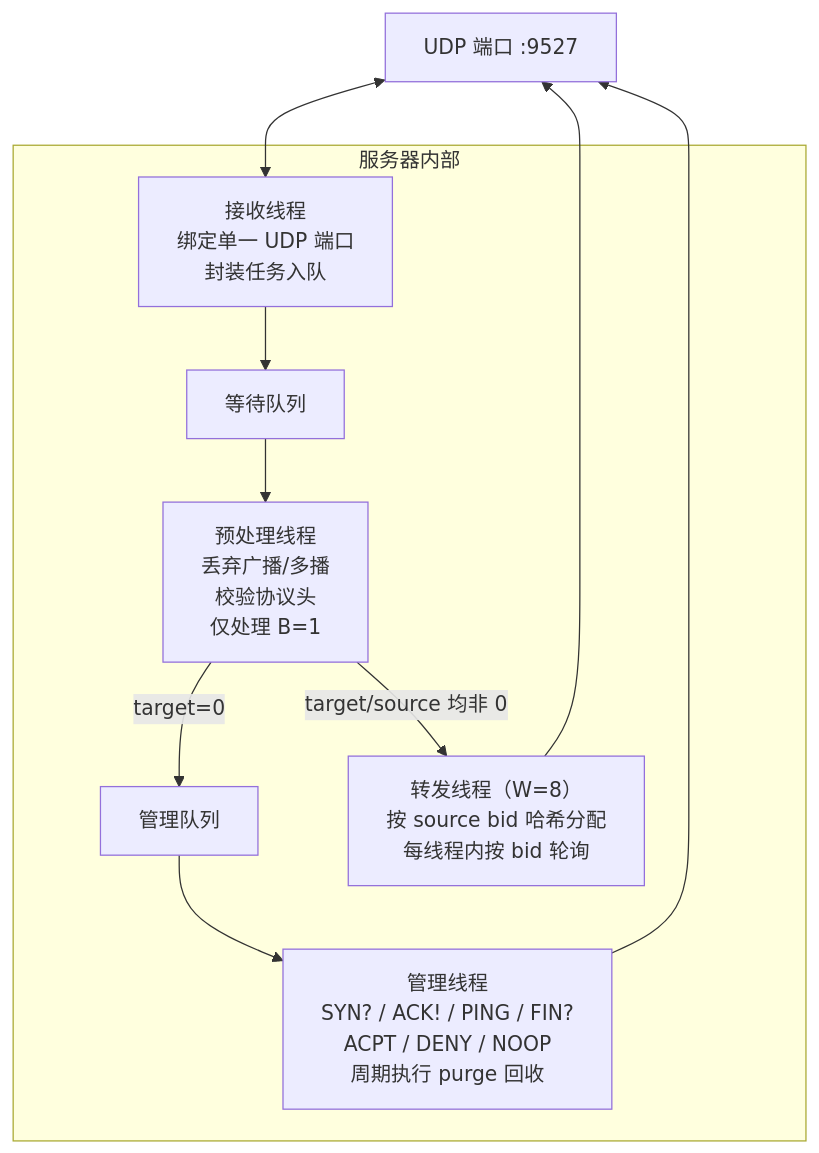
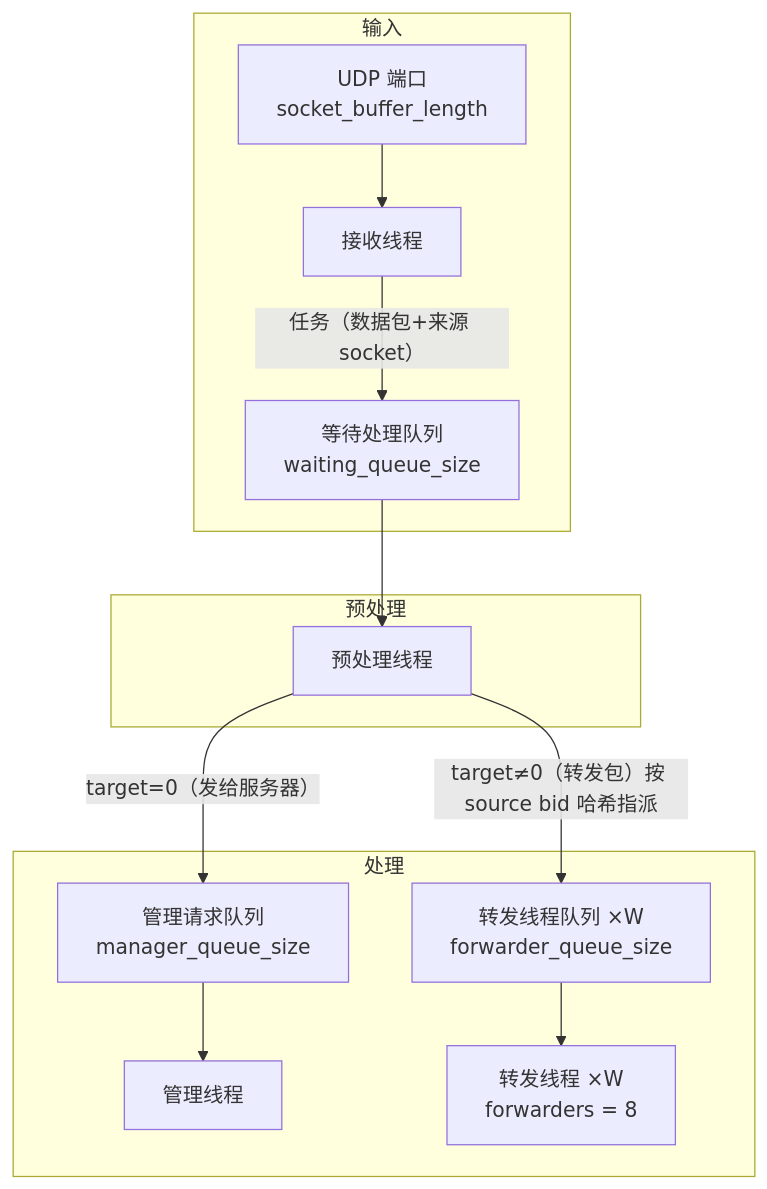
Before and after one commit to moky/magpie: the first of 3 diagrams in docs/architecture.md, drawn with Mermaid. The commit also changed other lines of this file and 7 other files, not shown here.

````diff
--- a/docs/architecture.md
+++ b/docs/architecture.md
@@ -18,18 +41,23 @@
 ```mermaid
-flowchart TB
-    U["UDP 端口 :9527"]
-    subgraph SVR["服务器内部"]
-        R["接收线程<br/>绑定单一 UDP 端口<br/>封装任务入队"]
-        WQ["等待队列"]
-        P["预处理线程<br/>丢弃广播/多播<br/>校验协议头<br/>仅处理 B=1"]
-        MQ["管理队列"]
-        M["管理线程<br/>SYN? / ACK! / PING / FIN?<br/>ACPT / DENY / NOOP<br/>周期执行 purge 回收"]
-        FW["转发线程（W=8）<br/>按 source bid 哈希分配<br/>每线程内按 bid 轮询"]
-        R --> WQ --> P
-        P -->|"target=0"| MQ --> M
-        P -->|"target/source 均非 0"| FW
+flowchart TD
+    subgraph 输入
+        NET[UDP 端口<br/>socket_buffer_length]
+        R[接收线程]
+        WQ[等待处理队列<br/>waiting_queue_size]
     end
-    U <--> R
-    FW --> U
-    M --> U
+
+    subgraph 预处理
+        P[预处理线程]
+    end
+
+    subgraph 处理
+        MQ[管理请求队列<br/>manager_queue_size]
+        M[管理线程]
+        FQ[转发线程队列 ×W<br/>forwarder_queue_size]
+        F[转发线程 ×W<br/>forwarders = 8]
+    end
+
+    NET --> R -->|"任务（数据包+来源 socket）"| WQ --> P
+    P -->|"target=0（发给服务器）"| MQ --> M
+    P -->|"target≠0（转发包）按 source bid 哈希指派"| FQ --> F
 ```
````
